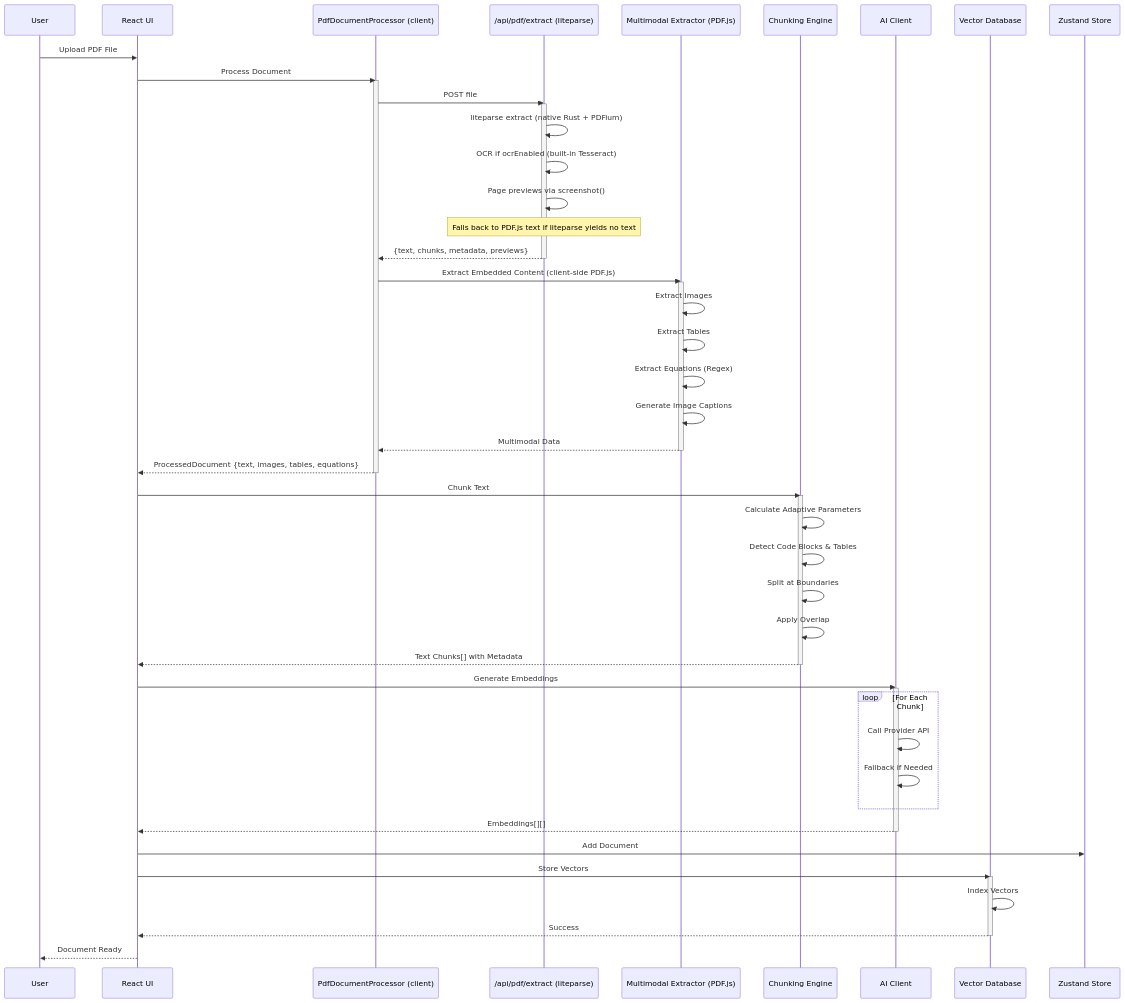
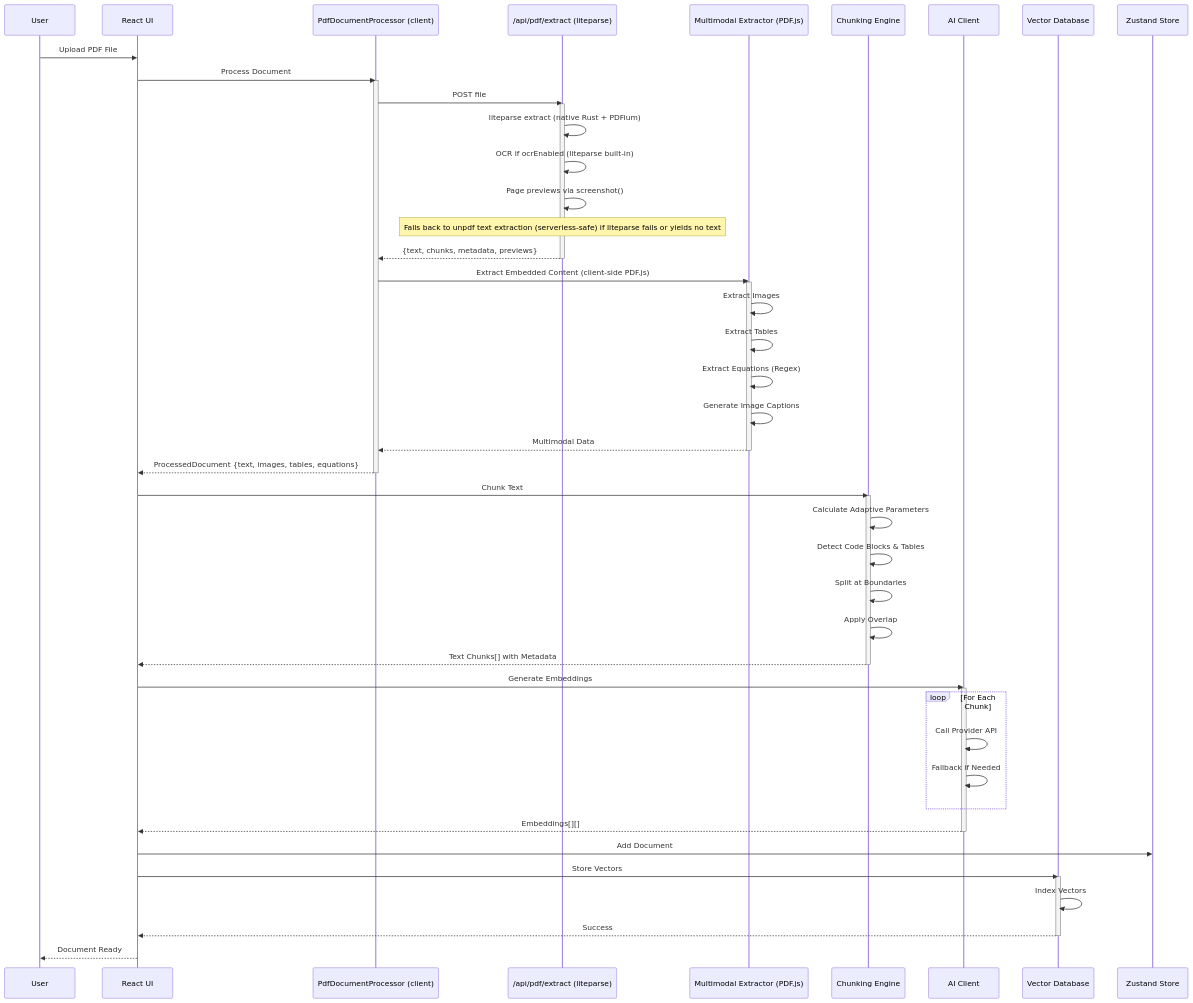
Before and after one commit to Kedhareswer/QuantumPDF_ChatApp_VectorDB: the fifth of 14 diagrams in docs/ARCHITECTURE_FLOWS.md, drawn with Mermaid. The commit also changed other lines of this file and 119 other files, not shown here.

````diff
--- a/docs/ARCHITECTURE_FLOWS.md
+++ b/docs/ARCHITECTURE_FLOWS.md
@@ -266,64 +265,64 @@
 ```mermaid
 sequenceDiagram
     participant User
     participant UI as React UI
     participant PDF as PdfDocumentProcessor (client)
     participant ROUTE as /api/pdf/extract (liteparse)
     participant MULTI as Multimodal Extractor (PDF.js)
     participant CHUNK as Chunking Engine
     participant AI as AI Client
     participant VDB as Vector Database
     participant STORE as Zustand Store
 
     User->>UI: Upload PDF File
     UI->>PDF: Process Document
 
     activate PDF
     PDF->>ROUTE: POST file
     activate ROUTE
     ROUTE->>ROUTE: liteparse extract (native Rust + PDFium)
-    ROUTE->>ROUTE: OCR if ocrEnabled (built-in Tesseract)
+    ROUTE->>ROUTE: OCR if ocrEnabled (liteparse built-in)
     ROUTE->>ROUTE: Page previews via screenshot()
-    Note over ROUTE: Falls back to PDF.js text if liteparse yields no text
+    Note over ROUTE: Falls back to unpdf text extraction (serverless-safe) if liteparse fails or yields no text
     ROUTE-->>PDF: {text, chunks, metadata, previews}
     deactivate ROUTE
     PDF->>MULTI: Extract Embedded Content (client-side PDF.js)
     
     activate MULTI
     MULTI->>MULTI: Extract Images
     MULTI->>MULTI: Extract Tables
     MULTI->>MULTI: Extract Equations (Regex)
     MULTI->>MULTI: Generate Image Captions
     MULTI-->>PDF: Multimodal Data
     deactivate MULTI
     
     PDF-->>UI: ProcessedDocument {text, images, tables, equations}
     deactivate PDF
 
     UI->>CHUNK: Chunk Text
     activate CHUNK
     CHUNK->>CHUNK: Calculate Adaptive Parameters
     CHUNK->>CHUNK: Detect Code Blocks & Tables
     CHUNK->>CHUNK: Split at Boundaries
     CHUNK->>CHUNK: Apply Overlap
     CHUNK-->>UI: Text Chunks[] with Metadata
     deactivate CHUNK
 
     UI->>AI: Generate Embeddings
     activate AI
     loop For Each Chunk
         AI->>AI: Call Provider API
         AI->>AI: Fallback if Needed
     end
     AI-->>UI: Embeddings[][]
     deactivate AI
 
     UI->>STORE: Add Document
     UI->>VDB: Store Vectors
     activate VDB
     VDB->>VDB: Index Vectors
     VDB-->>UI: Success
     deactivate VDB
 
     UI-->>User: Document Ready
 ```
````
